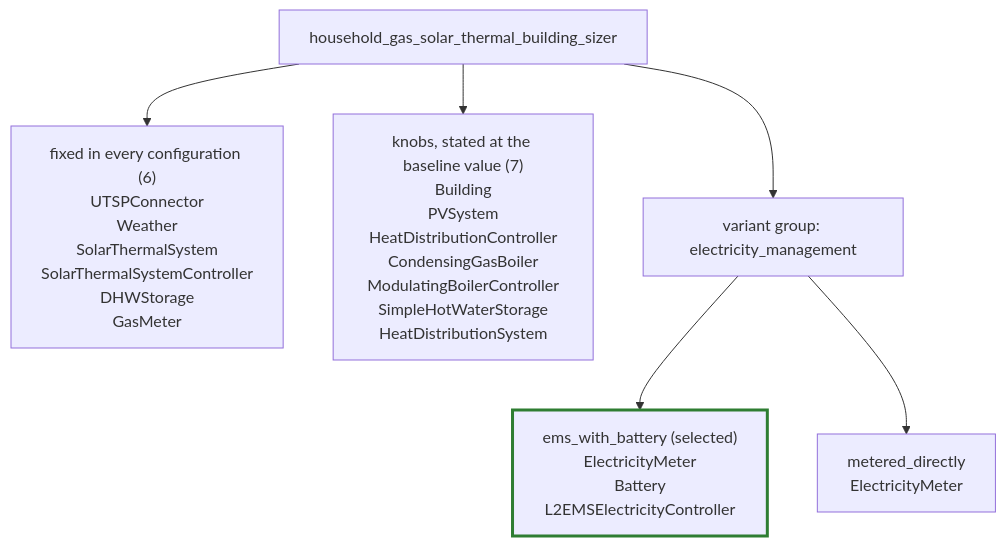
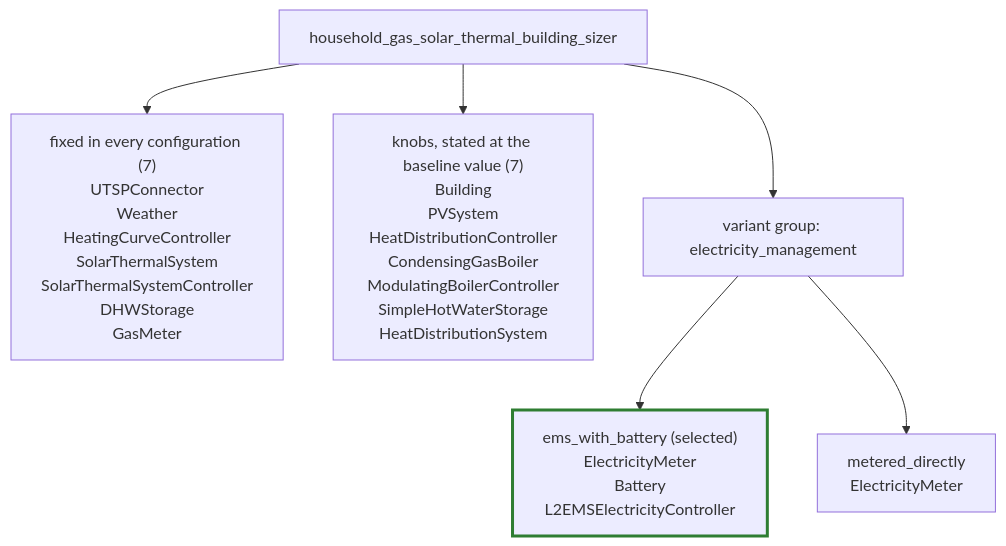
One commit to FZJ-IEK3-VSA/HiSim changed the fifth of 22 diagrams in roadmap/declarative_energy_systems/grouping_overview.md. Above: the diagram before and after it, drawn with Mermaid. The commit also changed other lines of this file and 114 other files, not shown here.

````diff
--- a/roadmap/declarative_energy_systems/grouping_overview.md
+++ b/roadmap/declarative_energy_systems/grouping_overview.md
@@ -248,18 +248,18 @@
 ```mermaid
 flowchart TD
     setup["household_gas_solar_thermal_building_sizer"]
-    fixed["fixed in every configuration (6)<br/>UTSPConnector<br/>Weather<br/>SolarThermalSystem<br/>SolarThermalSystemController<br/>DHWStorage<br/>GasMeter"]
+    fixed["fixed in every configuration (7)<br/>UTSPConnector<br/>Weather<br/>HeatingCurveController<br/>SolarThermalSystem<br/>SolarThermalSystemController<br/>DHWStorage<br/>GasMeter"]
     knobs["knobs, stated at the baseline value (7)<br/>Building<br/>PVSystem<br/>HeatDistributionController<br/>CondensingGasBoiler<br/>ModulatingBoilerController<br/>SimpleHotWaterStorage<br/>HeatDistributionSystem"]
     group1["variant group: electricity_management"]
     optA["ems_with_battery (selected)<br/>ElectricityMeter<br/>Battery<br/>L2EMSElectricityController"]
     optB["metered_directly<br/>ElectricityMeter"]
 
     setup --> fixed
     setup --> knobs
     setup --> group1
     group1 --> optA
     group1 --> optB
 
     classDef selected stroke:#2e7d32,stroke-width:3px;
     class optA selected;
 ```
````
